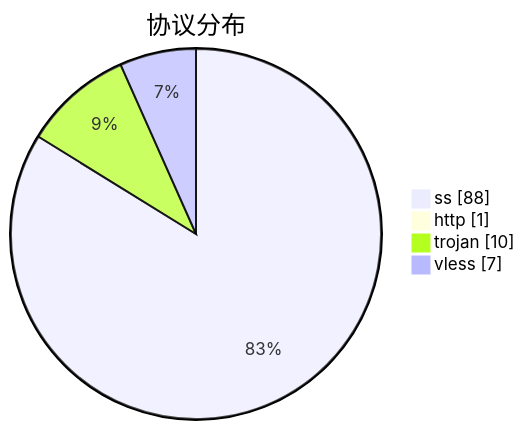
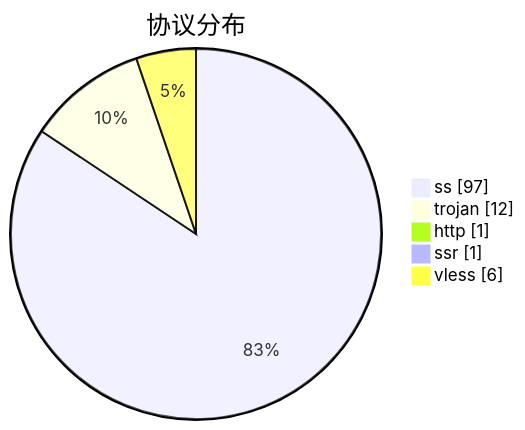
Before and after one commit to qjlxg/airport: the third of 3 diagrams in subs/statistics/tested_within.md, drawn with Mermaid. The commit also changed other lines of this file and 2 other files, not shown here.

````diff
--- a/subs/statistics/tested_within.md
+++ b/subs/statistics/tested_within.md
@@ -28,8 +33,9 @@
 ```mermaid
 pie showData
 title 协议分布
-"ss" : 88
+"ss" : 97
+"trojan" : 12
 "http" : 1
-"trojan" : 10
-"vless" : 7
+"ssr" : 1
+"vless" : 6
 ```
````
